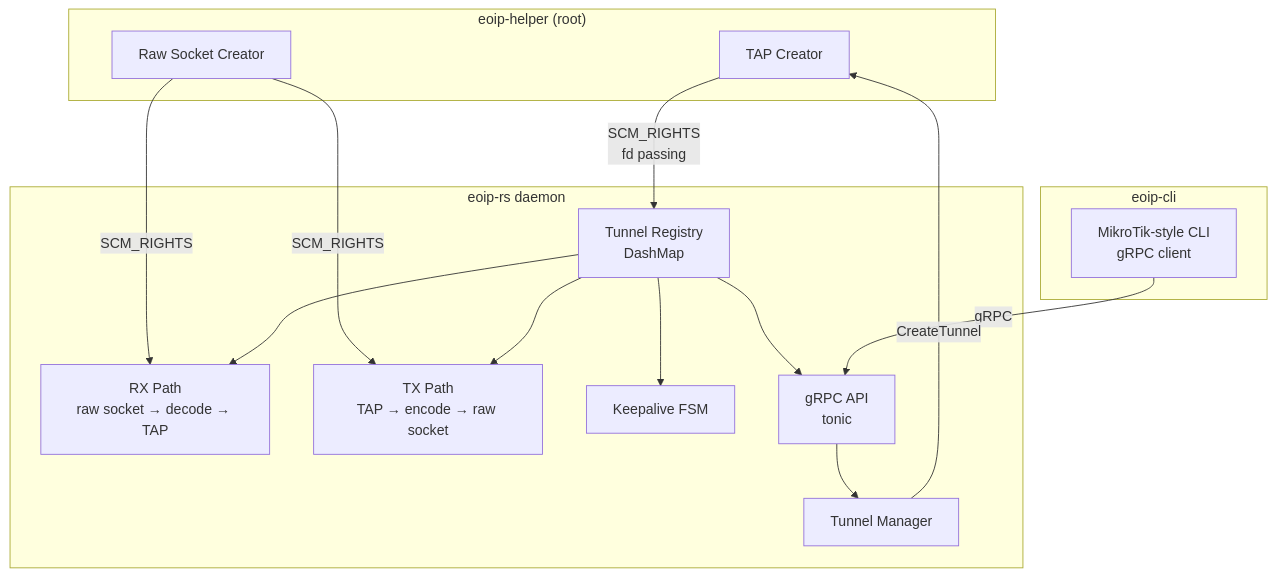
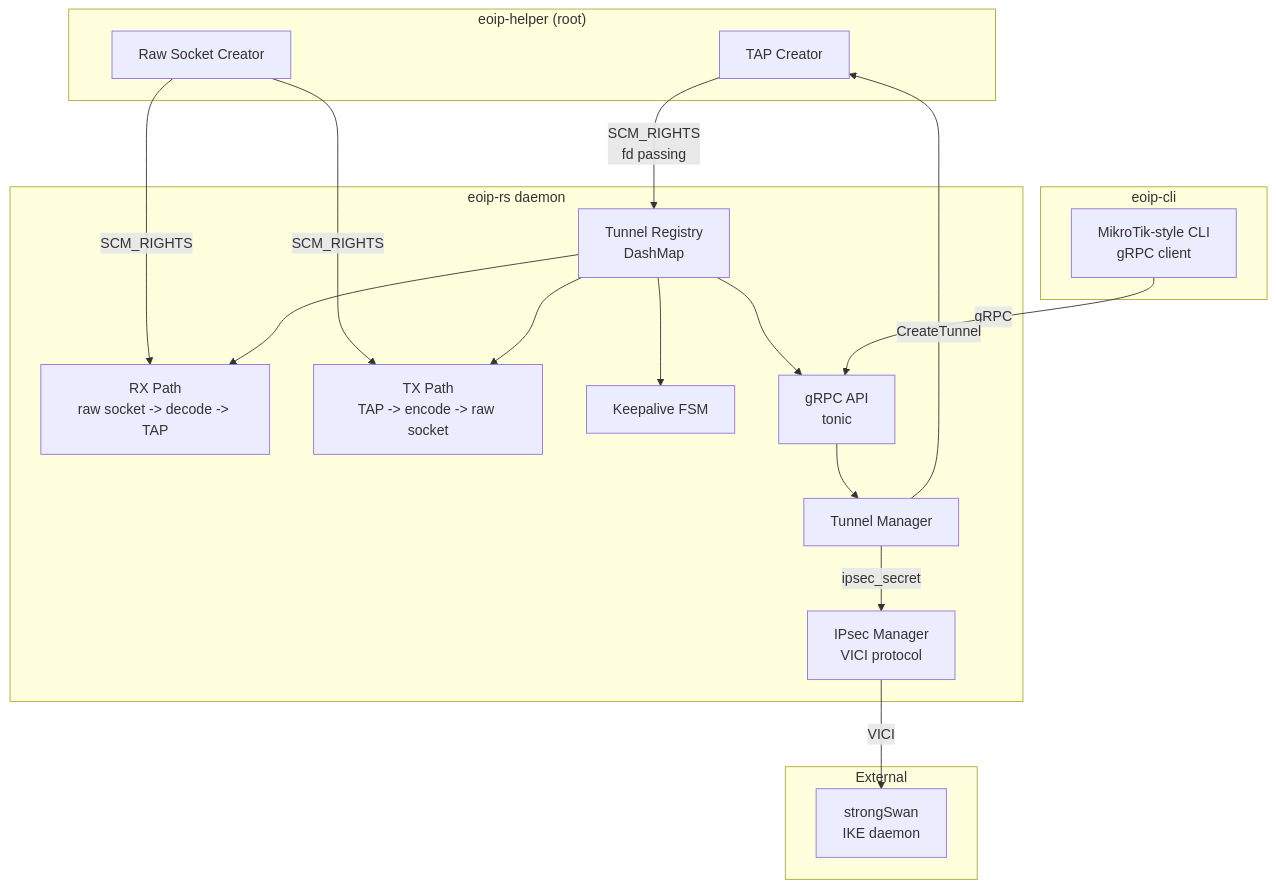
The first of 2 diagrams in README.md (manawenuz/EoIP-rs), drawn with Mermaid before and after one commit. The commit also changed other lines of this file and 12 other files, not shown here.

First line of the commit message:
docs: update all documentation for Phase 13 IPsec Secret

````diff
--- a/README.md
+++ b/README.md
@@ -141,33 +143,40 @@
 ```mermaid
 graph TB
     subgraph "eoip-helper (root)"
         TAP[TAP Creator]
         RAW[Raw Socket Creator]
     end
 
     subgraph "eoip-rs daemon"
         REG[Tunnel Registry<br/>DashMap]
-        RX[RX Path<br/>raw socket → decode → TAP]
-        TX[TX Path<br/>TAP → encode → raw socket]
+        RX[RX Path<br/>raw socket -> decode -> TAP]
+        TX[TX Path<br/>TAP -> encode -> raw socket]
         KA[Keepalive FSM]
         API[gRPC API<br/>tonic]
         MGR[Tunnel Manager]
+        IPSEC[IPsec Manager<br/>VICI protocol]
+    end
+
+    subgraph "External"
+        SW[strongSwan<br/>IKE daemon]
     end
 
     subgraph "eoip-cli"
         CLI[MikroTik-style CLI<br/>gRPC client]
     end
 
     TAP -->|SCM_RIGHTS<br/>fd passing| REG
     RAW -->|SCM_RIGHTS| RX
     RAW -->|SCM_RIGHTS| TX
 
     REG --> RX
     REG --> TX
     REG --> KA
     REG --> API
 
     CLI -->|gRPC| API
     API --> MGR
     MGR -->|CreateTunnel| TAP
+    MGR -->|ipsec_secret| IPSEC
+    IPSEC -->|VICI| SW
 ```
````
